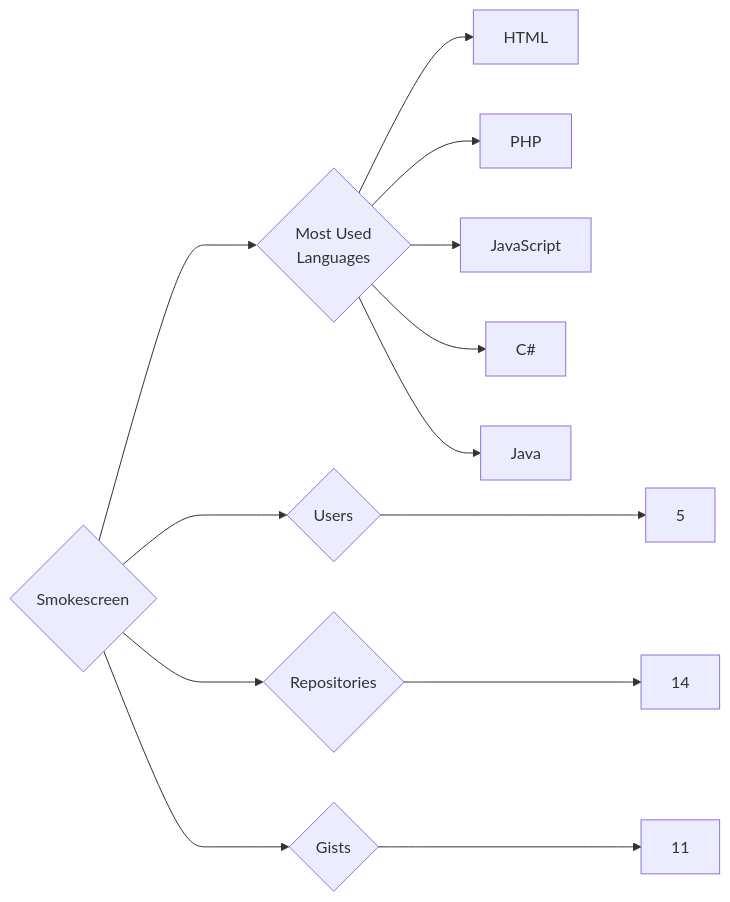
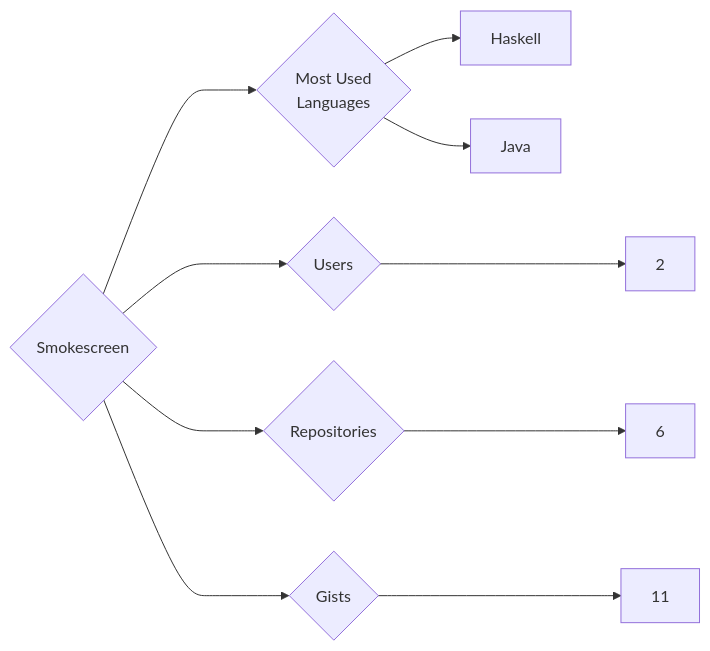
The diagram in targets/Smokescreen/README.md (trickest/insiders), drawn with Mermaid before and after one commit. The commit also changed 976 other files, not shown here.

````diff
--- a/targets/Smokescreen/README.md
+++ b/targets/Smokescreen/README.md
@@ -3,13 +3,10 @@
 ```mermaid
 graph LR
 COMPANY_NAME{Smokescreen}
-COMPANY_NAME ---> U{Users} ---> UN[5]
-COMPANY_NAME ---> R{Repositories} ---> RN[14]
+COMPANY_NAME ---> U{Users} ---> UN[2]
+COMPANY_NAME ---> R{Repositories} ---> RN[6]
 COMPANY_NAME ---> G{Gists} ---> GN[11]
 COMPANY_NAME ---> ML{Most Used<br>Languages}
-ML --> HTML[HTML]
-ML --> PHP[PHP]
-ML --> JavaScript[JavaScript]
-ML --> C#[C#]
+ML --> Haskell[Haskell]
 ML --> Java[Java]
 ```
````
